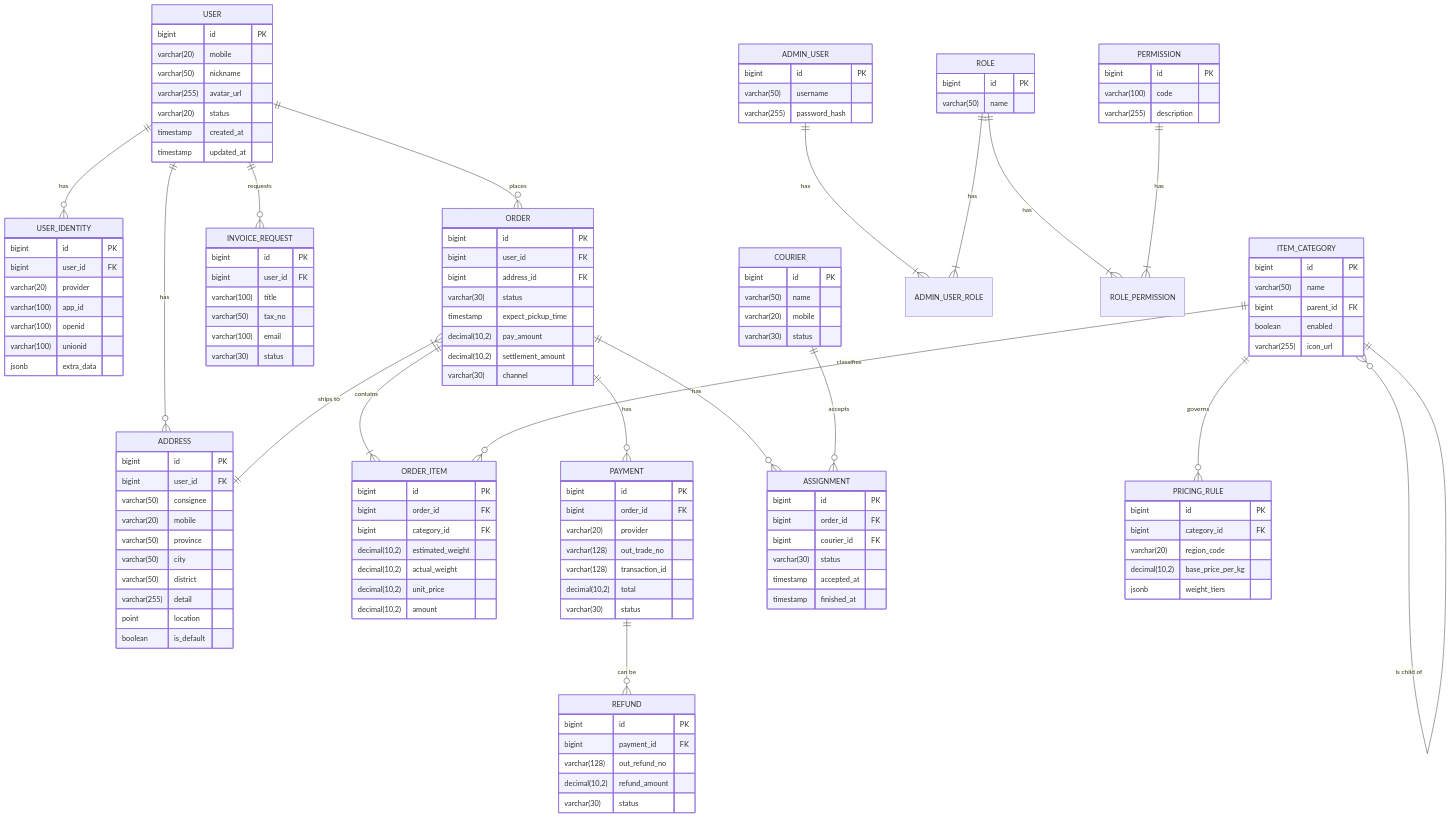
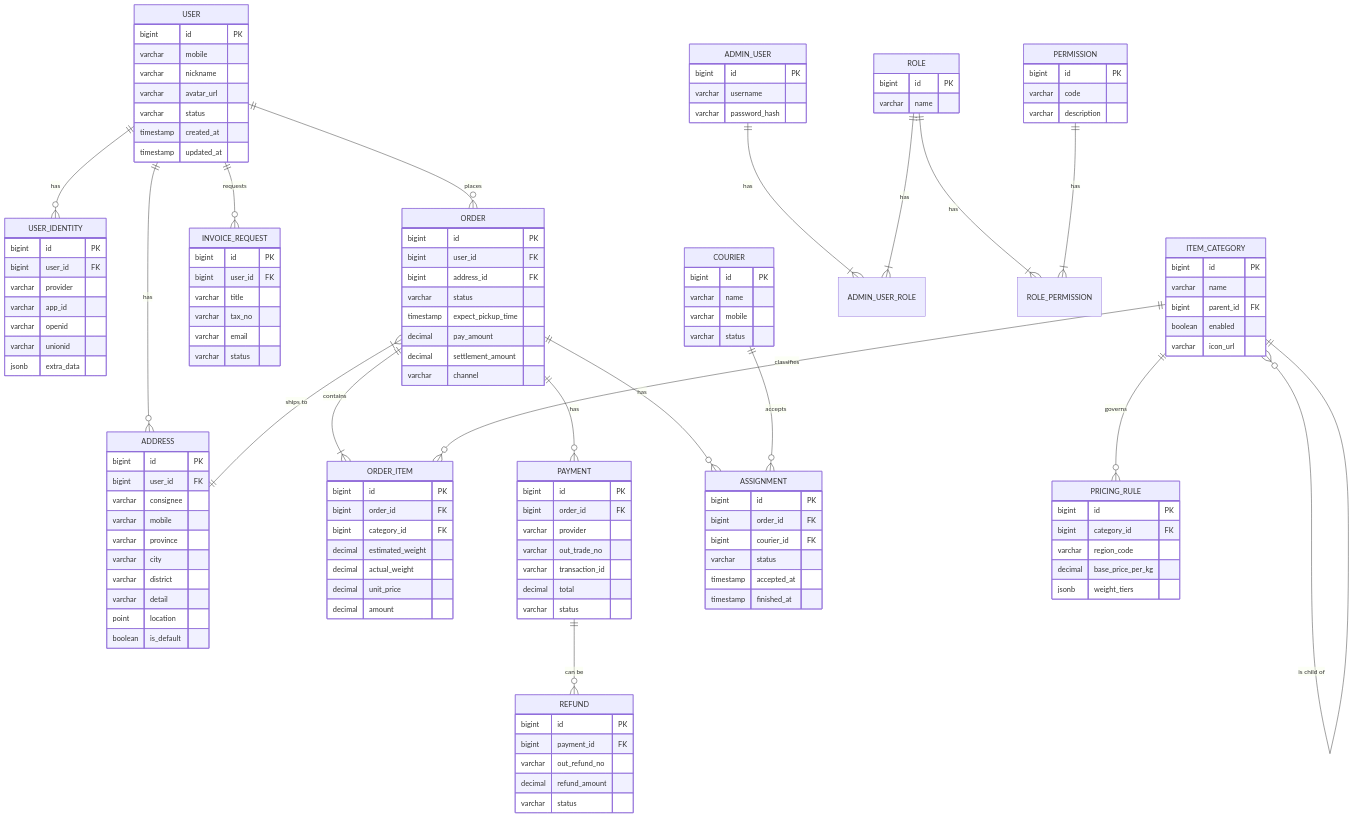
The diagram in docs/database.md (xuanyiying/one-recycle), drawn with Mermaid before and after one commit. The commit also changed 1 other file, not shown here.

Commit message:
fix: 修复 Mermaid 图表渲染错误
- 修复 ui-ux.md 中节点标签包含双引号的语法错误
- 修复 database.md 中 ER 图的类型定义语法错误
  - 将 decimal(10,2) 简化为 decimal
  - 将 varchar(n) 简化为 varchar
- 确保所有 Mermaid 图表符合 GitHub 渲染标准

````diff
--- a/docs/database.md
+++ b/docs/database.md
@@ -31,10 +31,10 @@
 
     USER {
         bigint id PK
-        varchar(20) mobile
-        varchar(50) nickname
-        varchar(255) avatar_url
-        varchar(20) status
+        varchar mobile
+        varchar nickname
+        varchar avatar_url
+        varchar status
         timestamp created_at
         timestamp updated_at
     }
@@ -42,22 +42,22 @@
     USER_IDENTITY {
         bigint id PK
         bigint user_id FK
-        varchar(20) provider
-        varchar(100) app_id
-        varchar(100) openid
-        varchar(100) unionid
+        varchar provider
+        varchar app_id
+        varchar openid
+        varchar unionid
         jsonb extra_data
     }
 
     ADDRESS {
         bigint id PK
         bigint user_id FK
-        varchar(50) consignee
-        varchar(20) mobile
-        varchar(50) province
-        varchar(50) city
-        varchar(50) district
-        varchar(255) detail
+        varchar consignee
+        varchar mobile
+        varchar province
+        varchar city
+        varchar district
+        varchar detail
         point location
         boolean is_default
     }
@@ -66,51 +66,51 @@
         bigint id PK
         bigint user_id FK
         bigint address_id FK
-        varchar(30) status
+        varchar status
         timestamp expect_pickup_time
-        decimal(10,2) pay_amount
-        decimal(10,2) settlement_amount
-        varchar(30) channel
+        decimal pay_amount
+        decimal settlement_amount
+        varchar channel
     }
 
     ORDER_ITEM {
         bigint id PK
         bigint order_id FK
         bigint category_id FK
-        decimal(10,2) estimated_weight
-        decimal(10,2) actual_weight
-        decimal(10,2) unit_price
-        decimal(10,2) amount
+        decimal estimated_weight
+        decimal actual_weight
+        decimal unit_price
+        decimal amount
     }
 
     ITEM_CATEGORY {
         bigint id PK
-        varchar(50) name
+        varchar name
         bigint parent_id FK
         boolean enabled
-        varchar(255) icon_url
+        varchar icon_url
     }
 
     PRICING_RULE {
         bigint id PK
         bigint category_id FK
-        varchar(20) region_code
-        decimal(10,2) base_price_per_kg
+        varchar region_code
+        decimal base_price_per_kg
         jsonb weight_tiers
     }
 
     COURIER {
         bigint id PK
-        varchar(50) name
-        varchar(20) mobile
-        varchar(30) status
+        varchar name
+        varchar mobile
+        varchar status
     }
 
     ASSIGNMENT {
         bigint id PK
         bigint order_id FK
         bigint courier_id FK
-        varchar(30) status
+        varchar status
         timestamp accepted_at
         timestamp finished_at
     }
@@ -118,44 +118,44 @@
     PAYMENT {
         bigint id PK
         bigint order_id FK
-        varchar(20) provider
-        varchar(128) out_trade_no
-        varchar(128) transaction_id
-        decimal(10,2) total
-        varchar(30) status
+        varchar provider
+        varchar out_trade_no
+        varchar transaction_id
+        decimal total
+        varchar status
     }
 
     REFUND {
         bigint id PK
         bigint payment_id FK
-        varchar(128) out_refund_no
-        decimal(10,2) refund_amount
-        varchar(30) status
+        varchar out_refund_no
+        decimal refund_amount
+        varchar status
     }
 
     INVOICE_REQUEST {
         bigint id PK
         bigint user_id FK
-        varchar(100) title
-        varchar(50) tax_no
-        varchar(100) email
-        varchar(30) status
+        varchar title
+        varchar tax_no
+        varchar email
+        varchar status
     }
 
     ADMIN_USER {
         bigint id PK
-        varchar(50) username
-        varchar(255) password_hash
+        varchar username
+        varchar password_hash
     }
 
     ROLE {
         bigint id PK
-        varchar(50) name
+        varchar name
     }
 
     PERMISSION {
         bigint id PK
-        varchar(100) code
-        varchar(255) description
+        varchar code
+        varchar description
     }
 ```
````
